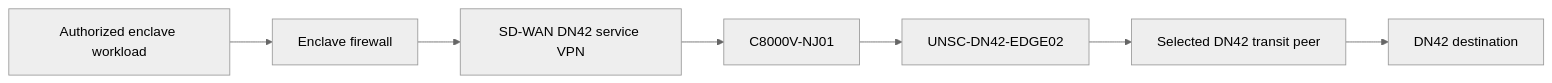
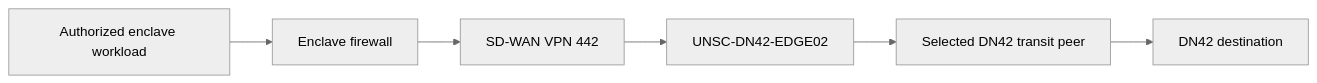
Before and after one commit to ksmoove21/unsc-dn42: the second of 3 diagrams in docs/data-flows.md, drawn with Mermaid (neutral theme). The commit also changed other lines of this file, not shown here.

Commit message:
Synchronize DN42 data flows with VPN 442 and VPN 42

````diff
--- a/docs/data-flows.md
+++ b/docs/data-flows.md
@@ -39,9 +39,8 @@
 ```mermaid
 flowchart LR
   W["Authorized enclave workload"] --> F["Enclave firewall"]
-  F --> S["SD-WAN DN42 service VPN"]
-  S --> N["C8000V-NJ01"]
-  N --> E["UNSC-DN42-EDGE02"]
+  F --> V["SD-WAN VPN 442"]
+  V --> E["UNSC-DN42-EDGE02"]
   E --> T["Selected DN42 transit peer"]
   T --> D["DN42 destination"]
 ```
````
